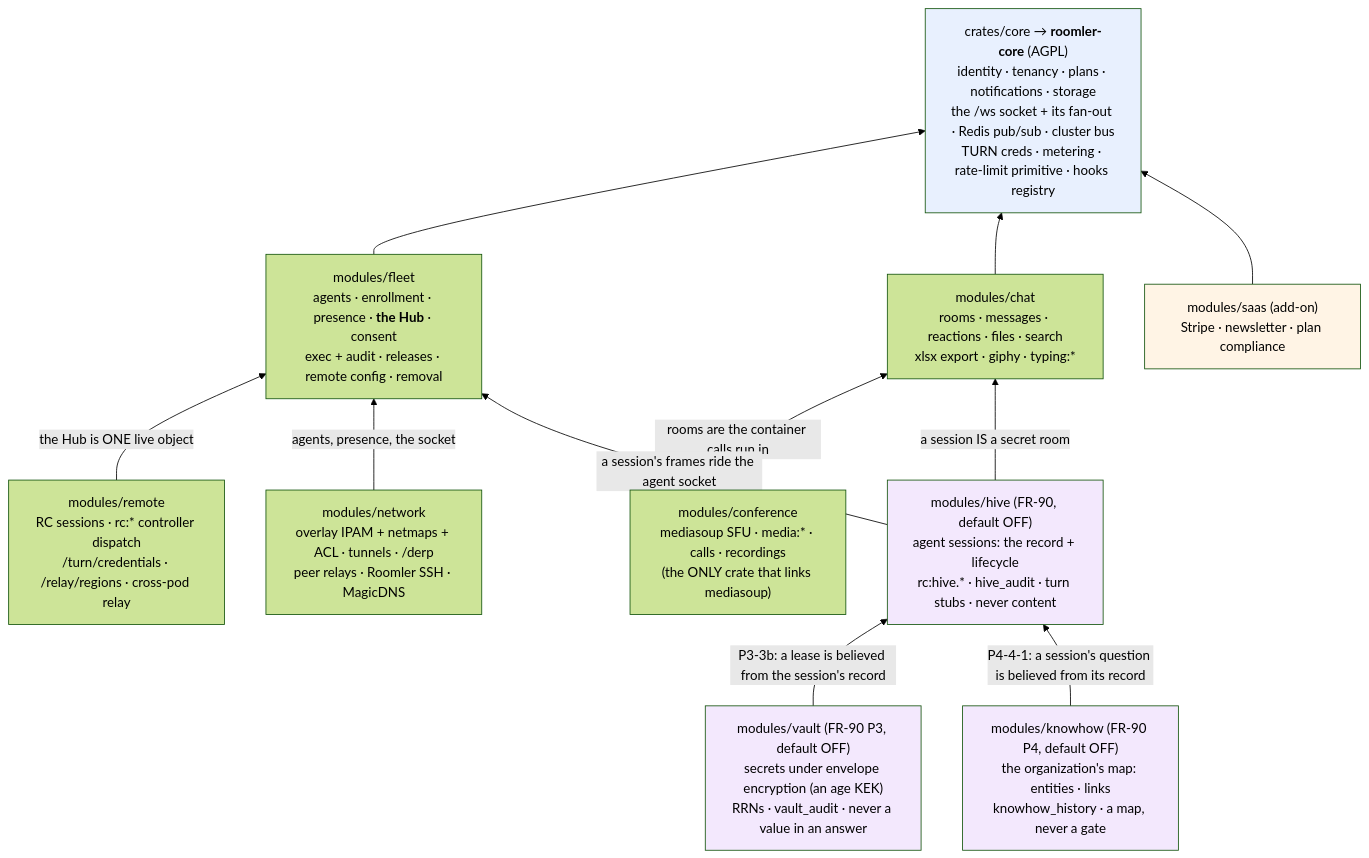
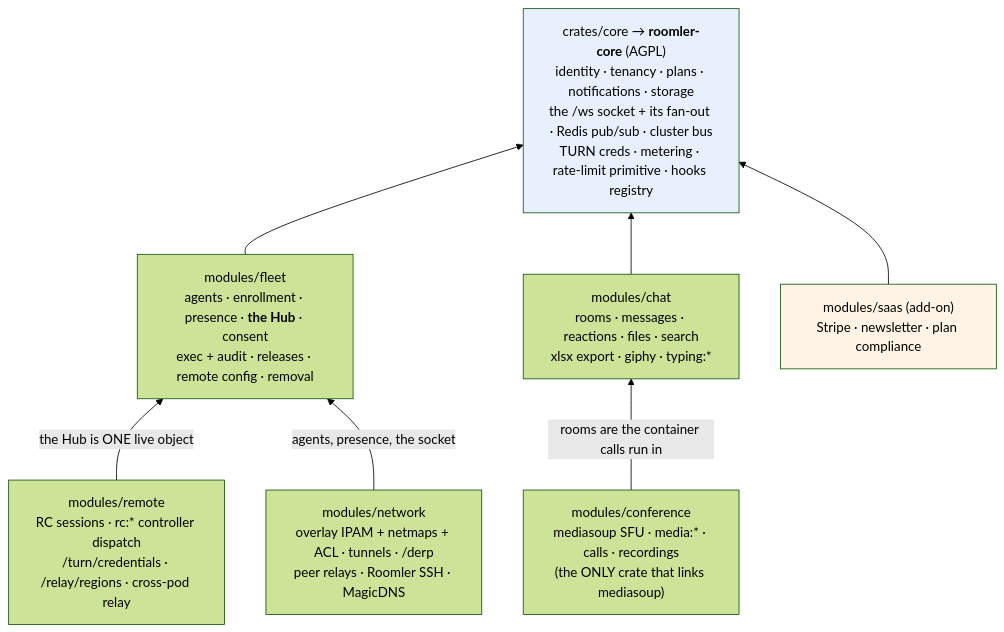
The first of 8 diagrams in docs/modular-monolith.md (gjovanov/roomler-ai), drawn with Mermaid (forest theme) before and after one commit. The commit also changed other lines of this file and 9 other files, not shown here.

````diff
--- a/docs/modular-monolith.md
+++ b/docs/modular-monolith.md
@@ -21,28 +21,18 @@
 ```mermaid
 flowchart BT
     core["crates/core → <b>roomler-core</b> (AGPL)<br/>identity · tenancy · plans · notifications · storage<br/>the /ws socket + its fan-out · Redis pub/sub · cluster bus<br/>TURN creds · metering · rate-limit primitive · hooks registry"]
     fleet["modules/fleet<br/>agents · enrollment · presence · <b>the Hub</b> · consent<br/>exec + audit · releases · remote config · removal"]
     chat["modules/chat<br/>rooms · messages · reactions · files · search<br/>xlsx export · giphy · typing:*"]
     conference["modules/conference<br/>mediasoup SFU · media:* · calls · recordings<br/>(the ONLY crate that links mediasoup)"]
     remote["modules/remote<br/>RC sessions · rc:* controller dispatch<br/>/turn/credentials · /relay/regions · cross-pod relay"]
     network["modules/network<br/>overlay IPAM + netmaps + ACL · tunnels · /derp<br/>peer relays · Roomler SSH · MagicDNS"]
     saas["modules/saas (add-on)<br/>Stripe · newsletter · plan compliance"]
-    hive["modules/hive (FR-90, default OFF)<br/>agent sessions: the record + lifecycle<br/>rc:hive.* · hive_audit · turn stubs · never content"]
-    vault["modules/vault (FR-90 P3, default OFF)<br/>secrets under envelope encryption (an age KEK)<br/>RRNs · vault_audit · never a value in an answer"]
-    knowhow["modules/knowhow (FR-90 P4, default OFF)<br/>the organization's map: entities · links<br/>knowhow_history · a map, never a gate"]
     fleet --> core
     chat --> core
     saas --> core
     conference -->|"rooms are the container calls run in"| chat
     remote -->|"the Hub is ONE live object"| fleet
     network -->|"agents, presence, the socket"| fleet
-    hive -->|"a session's frames ride the agent socket"| fleet
-    hive -->|"a session IS a secret room"| chat
-    vault -->|"P3-3b: a lease is believed from the session's record"| hive
-    knowhow -->|"P4-4-1: a session's question is believed from its record"| hive
     style core fill:#e8f0fe
     style saas fill:#fff4e5
-    style hive fill:#f3e8fd
-    style vault fill:#f3e8fd
-    style knowhow fill:#f3e8fd
 ```
````
